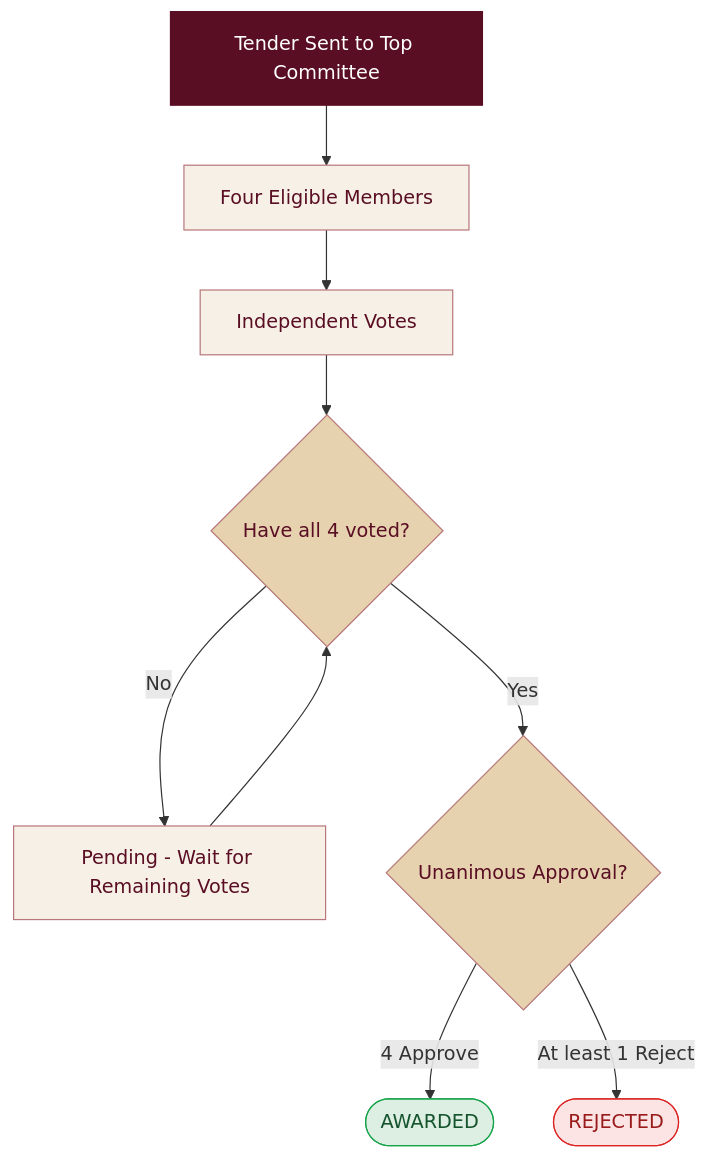
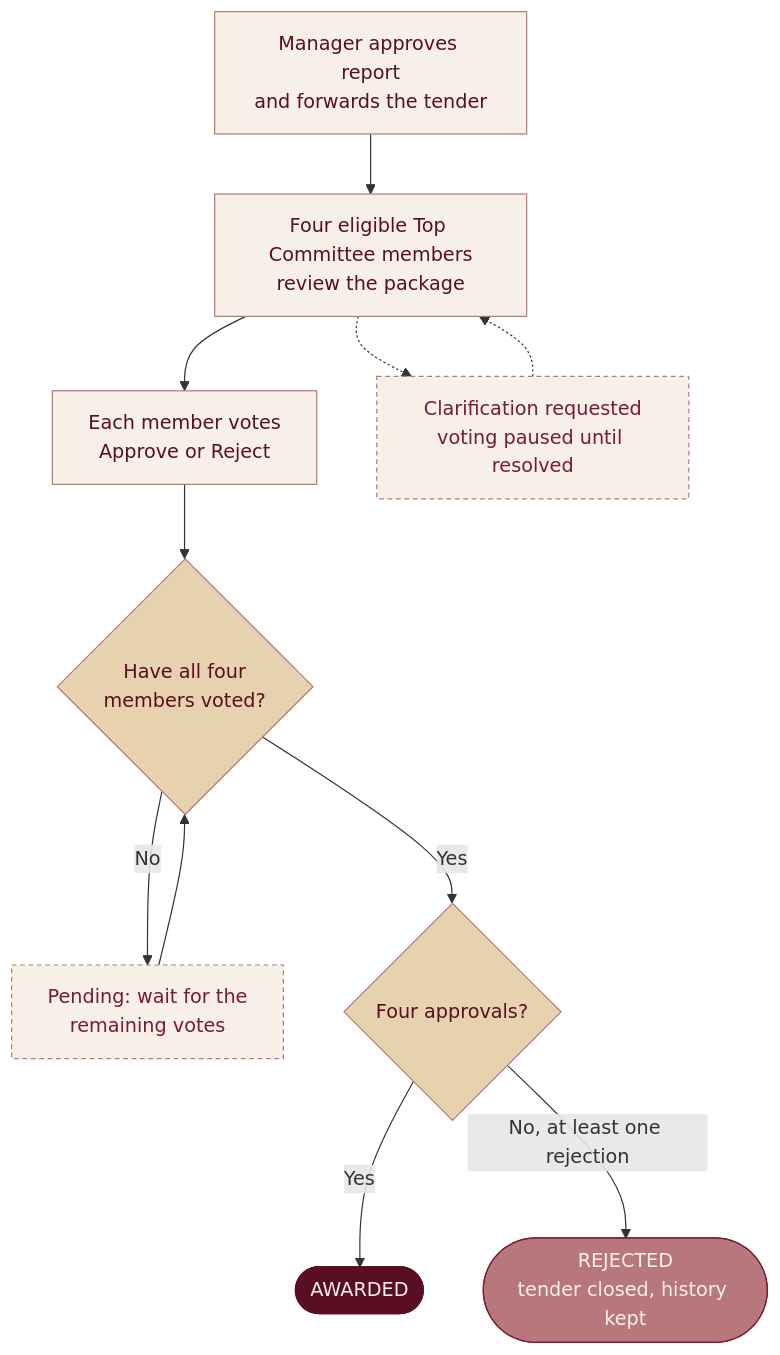
One commit to Supply-Tender-Team/Cosmetics-Management-System changed the third of 5 diagrams in README.md. Above: the diagram before and after it, drawn with Mermaid. The commit also changed other lines of this file, not shown here.

````diff
--- a/README.md
+++ b/README.md
@@ -123,21 +196,19 @@
 ```mermaid
 flowchart TD
-    A["Tender Sent to Top Committee"] --> B["Four Eligible Members"]
-    B --> C["Independent Votes"]
-    C --> D{"Have all 4 voted?"}
-    D -->|No| E["Pending - Wait for Remaining Votes"]
-    E --> D
-    D -->|Yes| F{"Unanimous Approval?"}
-    F -->|4 Approve| G(["AWARDED"])
-    F -->|At least 1 Reject| H(["REJECTED"])
-    classDef main fill:#5A0E24,color:#fff,stroke:#5A0E24
-    classDef neutral fill:#F6F0E6,color:#5A0E24,stroke:#B8777A
-    classDef decision fill:#E6D2AE,color:#5A0E24,stroke:#B8777A
-    classDef success fill:#DDEFE2,color:#14532D,stroke:#16A34A
-    classDef danger fill:#FCE4E4,color:#991B1B,stroke:#DC2626
-    class A main
-    class B,C,E neutral
-    class D,F decision
-    class G success
-    class H danger
+    A["Manager approves report<br/>and forwards the tender"]:::process --> B["Four eligible Top Committee members<br/>review the package"]:::process
+    B --> C["Each member votes<br/>Approve or Reject"]:::process
+    B -.-> Q["Clarification requested<br/>voting paused until resolved"]:::note
+    Q -.-> B
+    C --> D{"Have all four<br/>members voted?"}:::decision
+    D -- No --> W["Pending: wait for the<br/>remaining votes"]:::note
+    W --> D
+    D -- Yes --> E{"Four approvals?"}:::decision
+    E -- Yes --> G(["AWARDED"]):::done
+    E -- "No, at least one rejection" --> H(["REJECTED<br/>tender closed, history kept"]):::warn
+
+    classDef process fill:#F6F0E6,stroke:#B8777A,color:#5A0E24
+    classDef decision fill:#E6D2AE,stroke:#B8777A,color:#5A0E24
+    classDef note fill:#F6F0E6,stroke:#B8777A,color:#7A1A35,stroke-dasharray: 4 3
+    classDef done fill:#5A0E24,stroke:#5A0E24,color:#F6F0E6
+    classDef warn fill:#B8777A,stroke:#7A1A35,color:#F6F0E6
 ```
````
